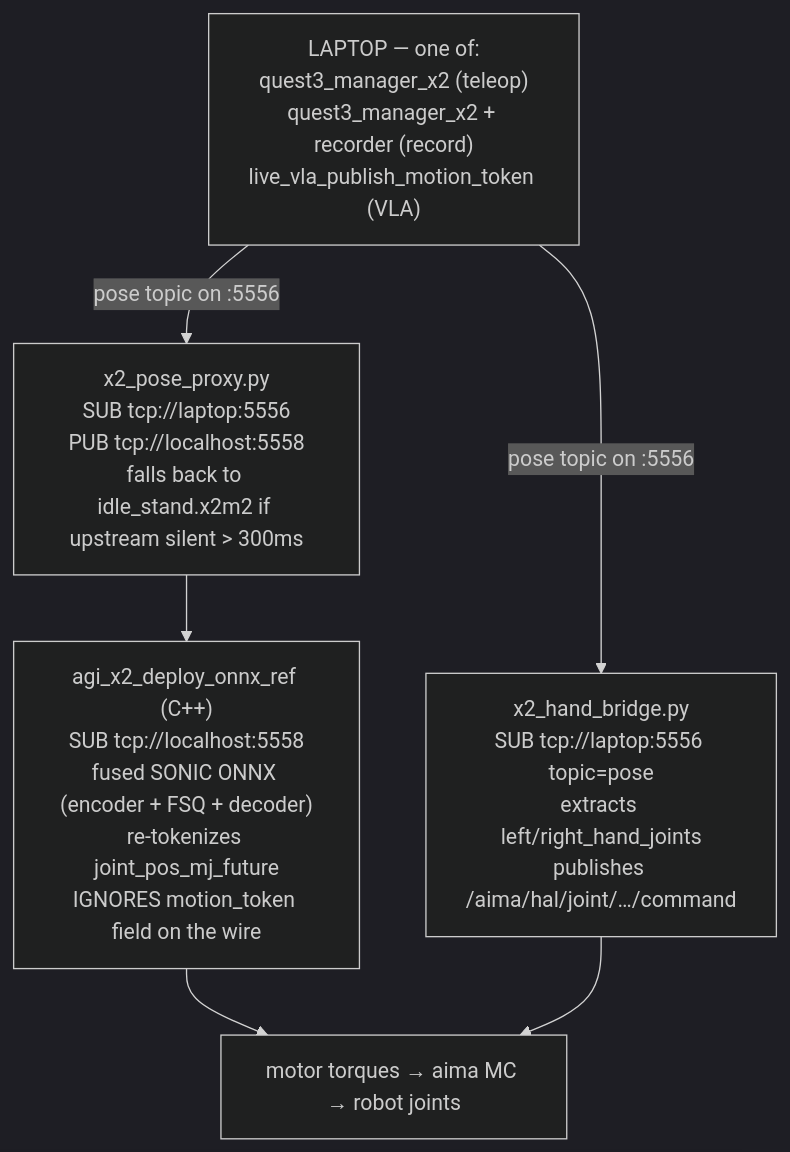
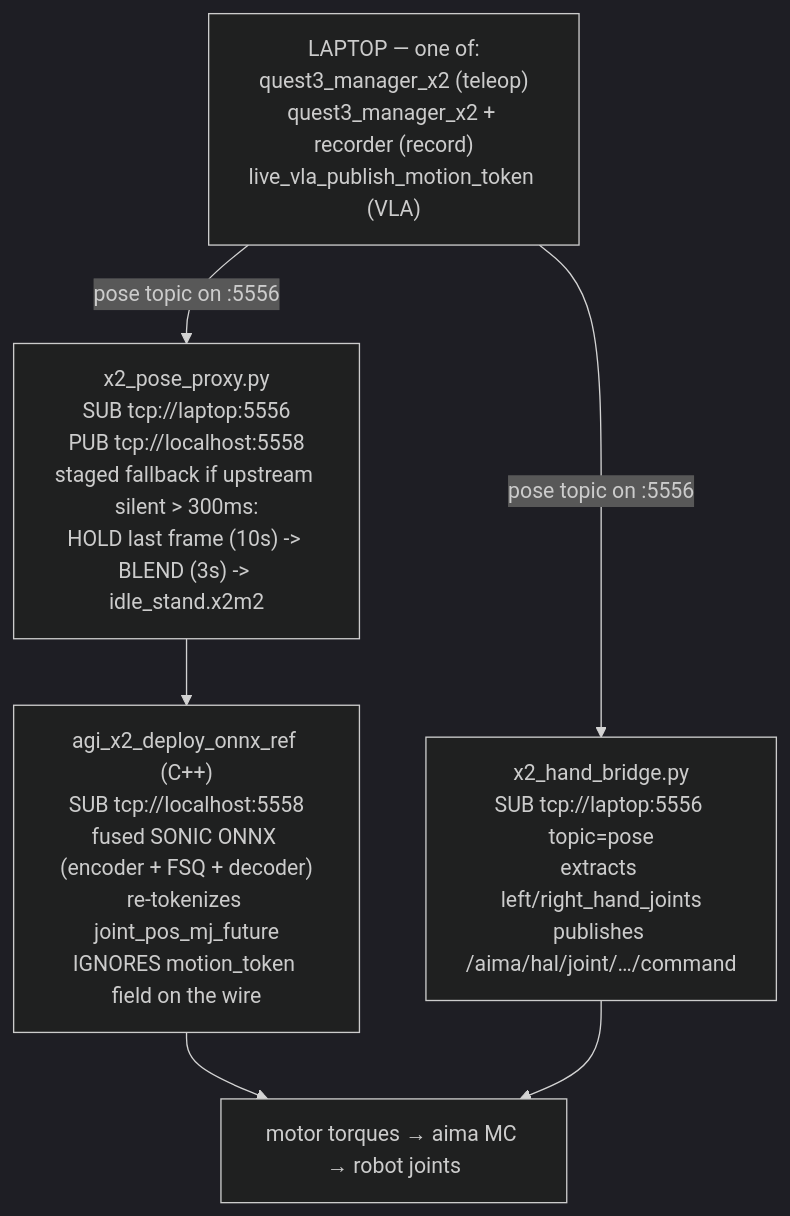
Before and after one commit to meetsitaram/GR00T-WholeBodyControl-X2-review: the first of 3 diagrams in docs/source/references/x2_sonic_runtime_architecture.md, drawn with Mermaid (dark theme). The commit also changed other lines of this file and 23 other files, not shown here.

````diff
--- a/docs/source/references/x2_sonic_runtime_architecture.md
+++ b/docs/source/references/x2_sonic_runtime_architecture.md
@@ -48,14 +48,14 @@
 ```mermaid
 flowchart TB
     laptop["LAPTOP &mdash; one of:<br/>quest3_manager_x2 (teleop)<br/>quest3_manager_x2 + recorder (record)<br/>live_vla_publish_motion_token (VLA)"]
-    proxy["x2_pose_proxy.py<br/>SUB tcp://laptop:5556<br/>PUB tcp://localhost:5558<br/>falls back to idle_stand.x2m2 if upstream silent &gt; 300ms"]
+    proxy["x2_pose_proxy.py<br/>SUB tcp://laptop:5556<br/>PUB tcp://localhost:5558<br/>staged fallback if upstream silent &gt; 300ms:<br/>HOLD last frame (10s) -> BLEND (3s) -> idle_stand.x2m2"]
     deploy["agi_x2_deploy_onnx_ref (C++)<br/>SUB tcp://localhost:5558<br/>fused SONIC ONNX (encoder + FSQ + decoder)<br/>re-tokenizes joint_pos_mj_future<br/>IGNORES motion_token field on the wire"]
     hand["x2_hand_bridge.py<br/>SUB tcp://laptop:5556 topic=pose<br/>extracts left/right_hand_joints<br/>publishes /aima/hal/joint/&hellip;/command"]
     motors["motor torques &rarr; aima MC &rarr; robot joints"]
 
     laptop -- "pose topic on :5556" --> proxy
     laptop -- "pose topic on :5556" --> hand
     proxy --> deploy
     deploy --> motors
     hand --> motors
 ```
````
